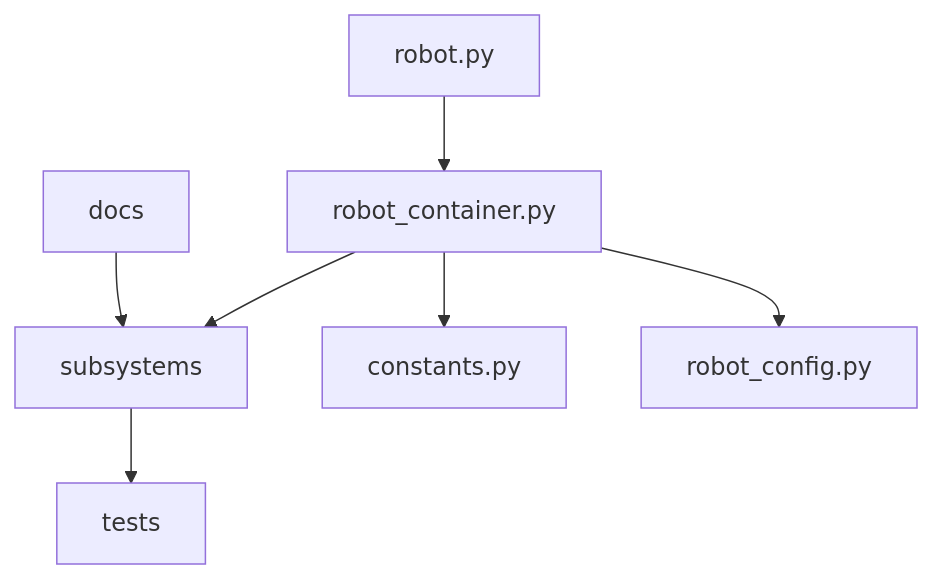
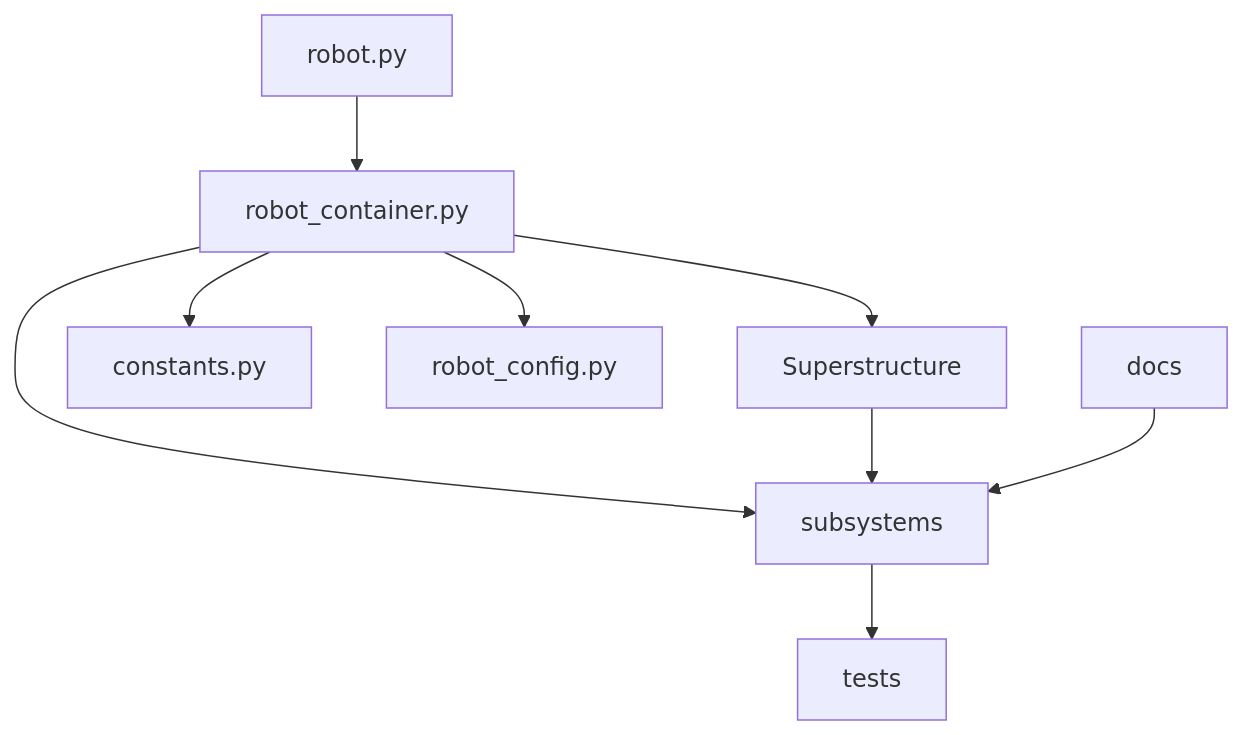
The diagram in docs/architecture/template-architecture.md (clsnelson/ProjectTemplate), drawn with Mermaid before and after one commit. The commit also changed other lines of this file and 13 other files, not shown here.

````diff
--- a/docs/architecture/template-architecture.md
+++ b/docs/architecture/template-architecture.md
@@ -5,17 +5,20 @@
 ```mermaid
 flowchart TB
     robotPy[robot.py]
     container[robot_container.py]
+    superstructure[Superstructure]
     subpackages[subsystems]
     constants[constants.py]
     config[robot_config.py]
     docs[docs]
     tests[tests]
 
     robotPy --> container
+    container --> superstructure
     container --> subpackages
     container --> constants
     container --> config
+    superstructure --> subpackages
     subpackages --> tests
     docs --> subpackages
 ```
````
